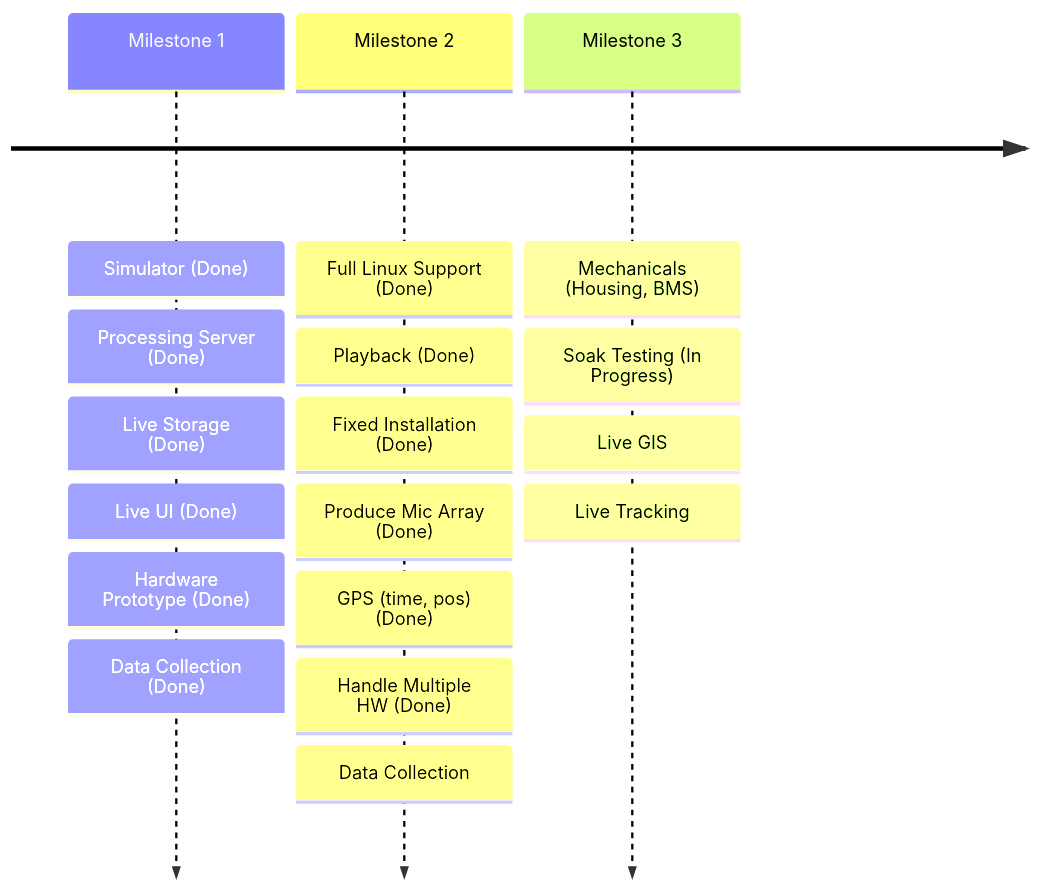
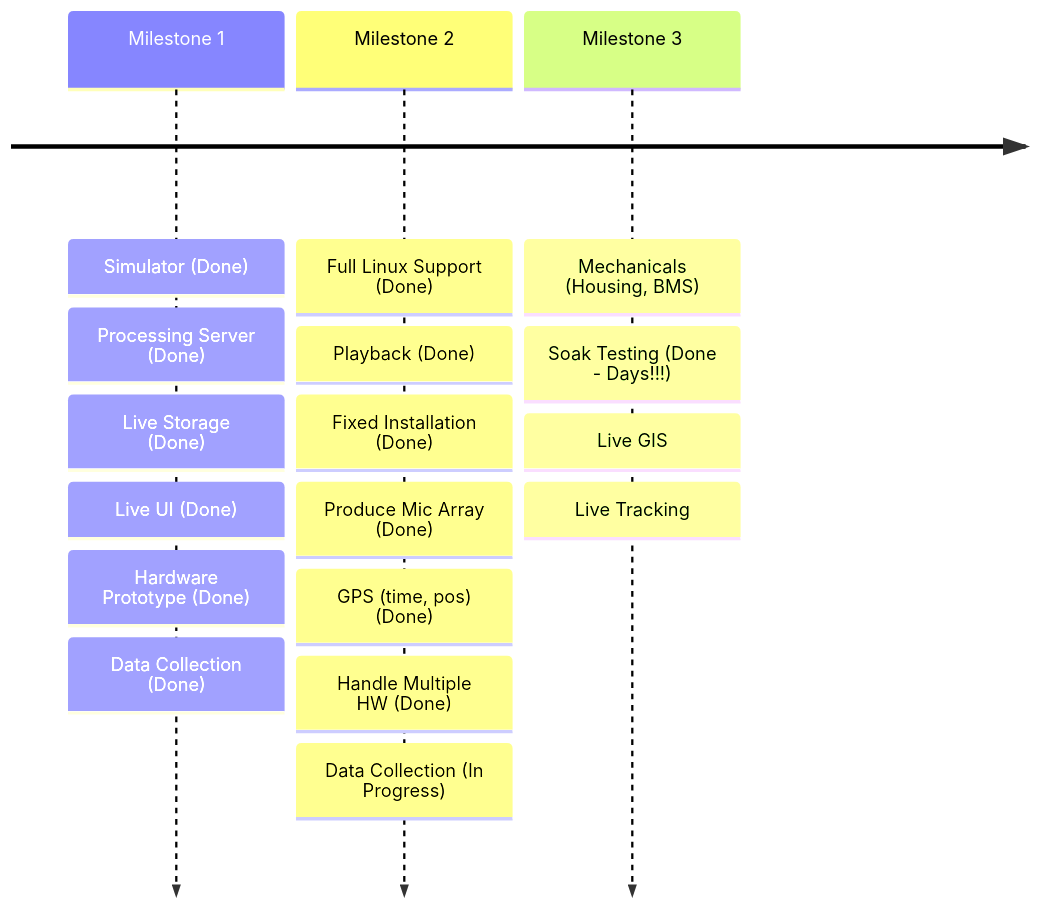
The second of 2 diagrams in profile/README.md (Sense-Scape/.github), drawn with Mermaid before and after one commit.

````diff
--- a/profile/README.md
+++ b/profile/README.md
@@ -50,8 +50,8 @@
 ``` mermaid
 
 timeline
     Milestone 1 : Simulator (Done) : Processing Server (Done) : Live Storage (Done) : Live UI (Done) : Hardware Prototype (Done) : Data Collection (Done)
-    Milestone 2 : Full Linux Support (Done) : Playback (Done) : Fixed Installation (Done) : Produce Mic Array (Done)  : GPS (time, pos) (Done) : Handle Multiple HW (Done): Data Collection
-    Milestone 3 : Mechanicals (Housing, BMS) : Soak Testing (In Progress) : Live GIS : Live Tracking
+    Milestone 2 : Full Linux Support (Done) : Playback (Done) : Fixed Installation (Done) : Produce Mic Array (Done)  : GPS (time, pos) (Done) : Handle Multiple HW (Done): Data Collection (In Progress)
+    Milestone 3 : Mechanicals (Housing, BMS) : Soak Testing (Done - Days!!!) : Live GIS : Live Tracking
 
 ```
````
